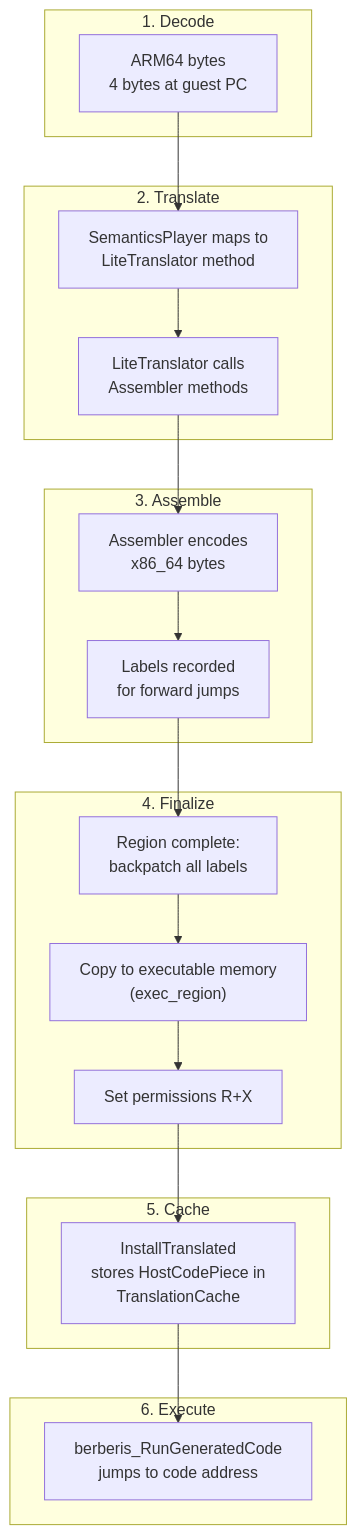
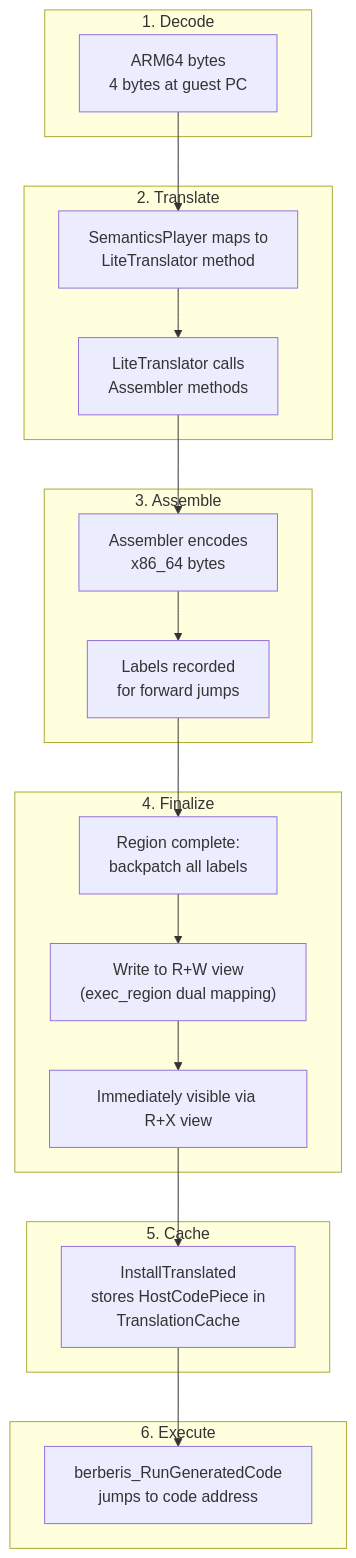
One commit to DigitalisX64/digitalis changed diagram 24 of 41 in docs/how-it-works.md. Above: the diagram before and after it, drawn with Mermaid. The commit also changed other lines of this file, not shown here.

````diff
--- a/docs/how-it-works.md
+++ b/docs/how-it-works.md
@@ -1290,27 +1292,27 @@
 ```mermaid
 graph TD
     subgraph Decode["1. Decode"]
         D["ARM64 bytes<br/>4 bytes at guest PC"]
     end
     subgraph Translate["2. Translate"]
         T1["SemanticsPlayer maps to<br/>LiteTranslator method"]
         T2["LiteTranslator calls<br/>Assembler methods"]
     end
     subgraph Assemble["3. Assemble"]
         A1["Assembler encodes<br/>x86_64 bytes"]
         A2["Labels recorded<br/>for forward jumps"]
     end
     subgraph Finalize["4. Finalize"]
         F1["Region complete:<br/>backpatch all labels"]
-        F2["Copy to executable memory<br/>(exec_region)"]
-        F3["Set permissions R+X"]
+        F2["Write to R+W view<br/>(exec_region dual mapping)"]
+        F3["Immediately visible via R+X view"]
     end
     subgraph Cache["5. Cache"]
         C1["InstallTranslated<br/>stores HostCodePiece in<br/>TranslationCache"]
     end
     subgraph Run["6. Execute"]
         R["berberis_RunGeneratedCode<br/>jumps to code address"]
     end
 
     D --> T1 --> T2 --> A1 --> A2 --> F1 --> F2 --> F3 --> C1 --> R
 ```
````
